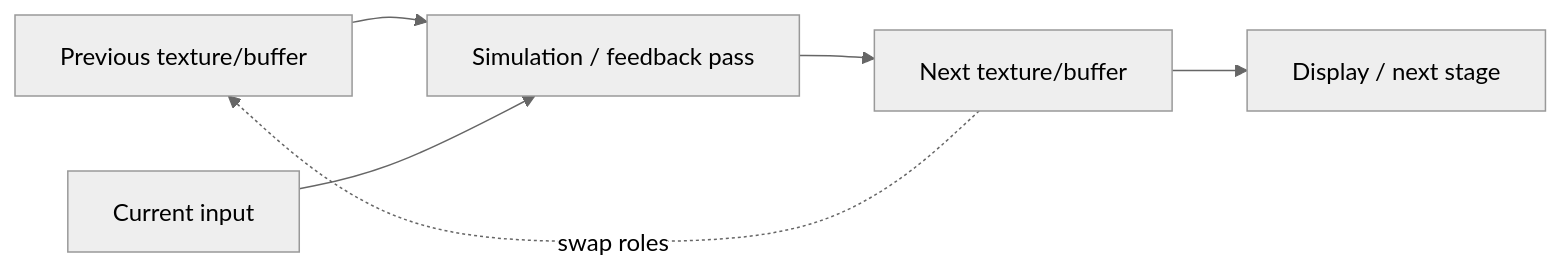
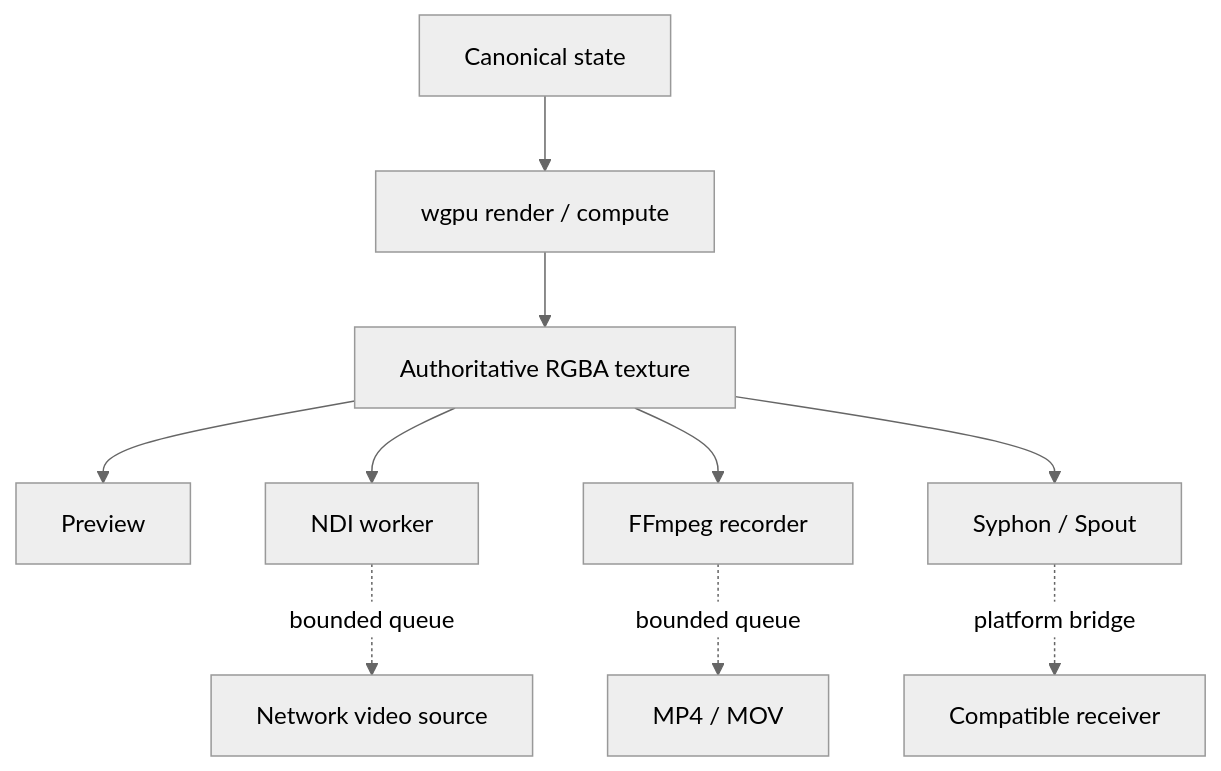
Before and after one commit to schwwaaa/junkpile: the third of 4 diagrams in docs/ARCHITECTURE.md, drawn with Mermaid (neutral theme). The commit also changed other lines of this file and 763 other files, not shown here.

````diff
--- a/docs/ARCHITECTURE.md
+++ b/docs/ARCHITECTURE.md
@@ -91,8 +204,13 @@
 ```mermaid
-flowchart LR
-  A[Previous texture/buffer] --> Pass[Simulation / feedback pass]
-  Source[Current input] --> Pass
-  Pass --> B[Next texture/buffer]
-  B --> Display[Display / next stage]
-  B -. swap roles .-> A
+flowchart TB
+  S[Canonical state] --> R[wgpu render / compute]
+  R --> A[Authoritative RGBA texture]
+  A --> PRE[Preview]
+  A --> NDI[NDI worker]
+  A --> REC[FFmpeg recorder]
+  A --> SHARE[Syphon / Spout]
+
+  NDI -. bounded queue .-> NOUT[Network video source]
+  REC -. bounded queue .-> FILE[MP4 / MOV]
+  SHARE -. platform bridge .-> APP[Compatible receiver]
 ```
````
